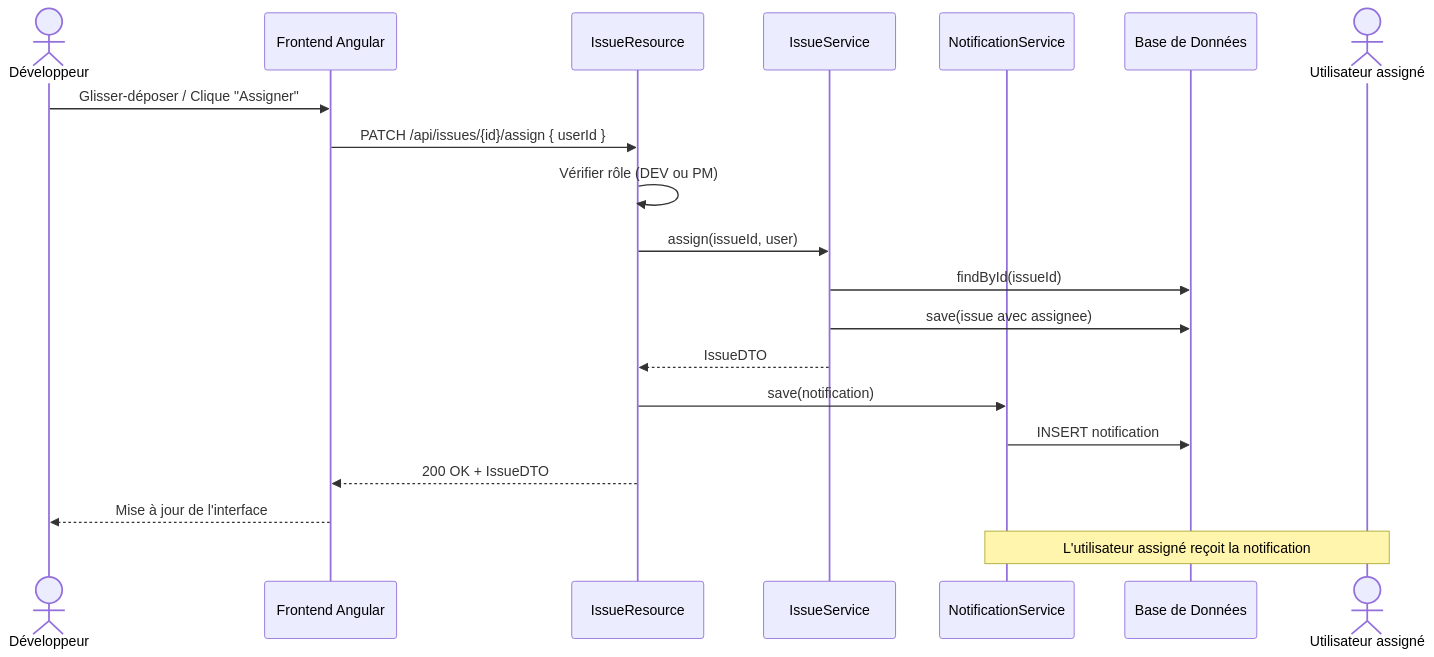
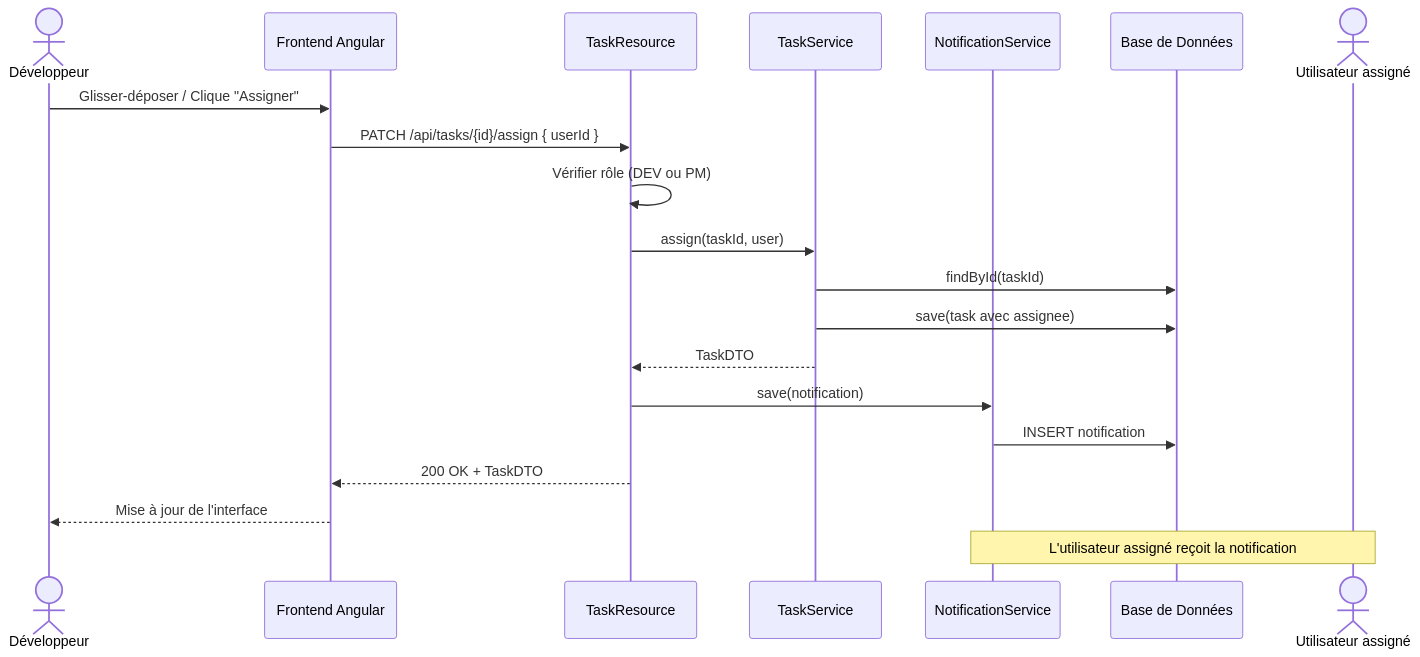
The third of 19 diagrams in docs/fiche-classes.md (24231-Brahim/gestion_taches), drawn with Mermaid before and after one commit. The commit also changed other lines of this file and 42 other files, not shown here.

````diff
--- a/docs/fiche-classes.md
+++ b/docs/fiche-classes.md
@@ -239,23 +235,23 @@
 ```mermaid
 sequenceDiagram
     actor DEV as Développeur
     participant Front as Frontend Angular
-    participant API as IssueResource
-    participant Service as IssueService
+    participant API as TaskResource
+    participant Service as TaskService
     participant Notif as NotificationService
     participant DB as Base de Données
     actor Assignee as Utilisateur assigné
 
     DEV->>Front: Glisser-déposer / Clique "Assigner"
-    Front->>API: PATCH /api/issues/{id}/assign { userId }
+    Front->>API: PATCH /api/tasks/{id}/assign { userId }
     API->>API: Vérifier rôle (DEV ou PM)
-    API->>Service: assign(issueId, user)
-    Service->>DB: findById(issueId)
-    Service->>DB: save(issue avec assignee)
-    Service-->>API: IssueDTO
+    API->>Service: assign(taskId, user)
+    Service->>DB: findById(taskId)
+    Service->>DB: save(task avec assignee)
+    Service-->>API: TaskDTO
     API->>Notif: save(notification)
     Notif->>DB: INSERT notification
-    API-->>Front: 200 OK + IssueDTO
+    API-->>Front: 200 OK + TaskDTO
     Front-->>DEV: Mise à jour de l'interface
     Note over Notif,Assignee: L'utilisateur assigné reçoit la notification
 ```
````
